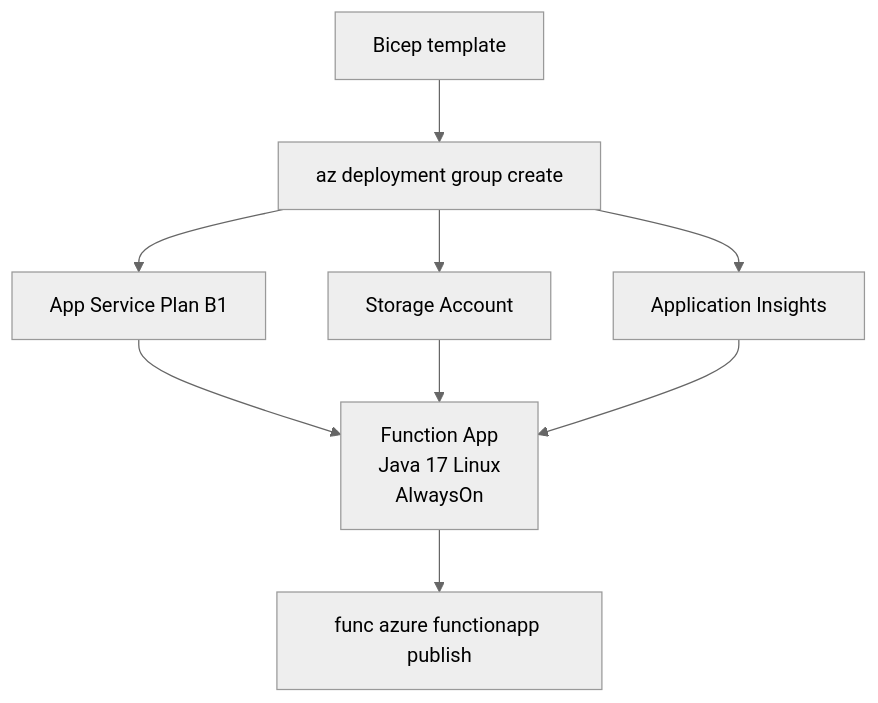
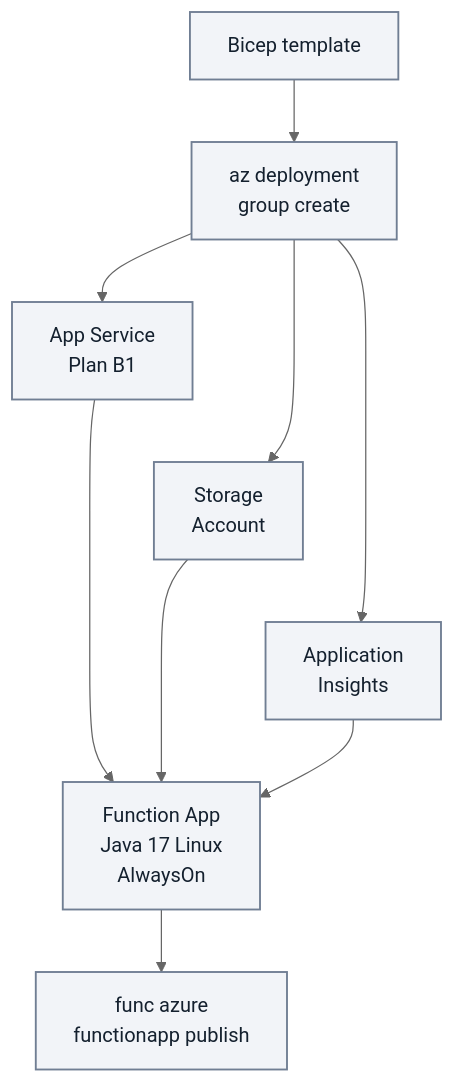
One commit to yeongseon/azure-functions-practical-guide changed the diagram in docs/language-guides/java/tutorial/dedicated/05-infrastructure-as-code.md. Above: the diagram before and after it, drawn with Mermaid (neutral theme). The commit also changed other lines of this file and 4 other files, not shown here.

First line of the commit message:
docs(diagrams): improve Java infrastructure tutorial maps (#498)

````diff
--- a/docs/language-guides/java/tutorial/dedicated/05-infrastructure-as-code.md
+++ b/docs/language-guides/java/tutorial/dedicated/05-infrastructure-as-code.md
@@ -54,11 +56,18 @@
 ```mermaid
 flowchart TD
-    A[Bicep template] --> B[az deployment group create]
-    B --> C[App Service Plan B1]
-    B --> D[Storage Account]
-    B --> E[Application Insights]
-    C --> F["Function App\nJava 17 Linux\nAlwaysOn"]
+    accTitle: Java Linux Dedicated B1 infrastructure map
+    accDescr: Illustrative deployment and configuration relationships for this Java 17 Linux B1 example: plan, storage and Application Insights configure the app with AlwaysOn enabled, followed by publishing from Maven staging. Arrows are logical template inputs and tutorial stages, not network connections, serial resource creation order or proof of a successful deployment.
+    A[Bicep template] --> B["az deployment<br/>group create"]
+    B --> C["App Service<br/>Plan B1"]
+    B --> D["Storage<br/>Account"]
+    B --> E["Application<br/>Insights"]
+    C --> F["Function App<br/>Java 17 Linux<br/>AlwaysOn"]
     D --> F
     E --> F
-    F --> G["func azure functionapp publish"]
+    F --> G["func azure<br/>functionapp publish"]
+    %% Layout-only tiers; add no resource dependencies, steps or visible arrows.
+    C ~~~ D
+    D ~~~ E
+    classDef baseNeutral fill:#f2f4f8,stroke:#707e93,stroke-width:1.5px,color:#14202e;
+    class A,B,C,D,E,F,G baseNeutral;
 ```
````
